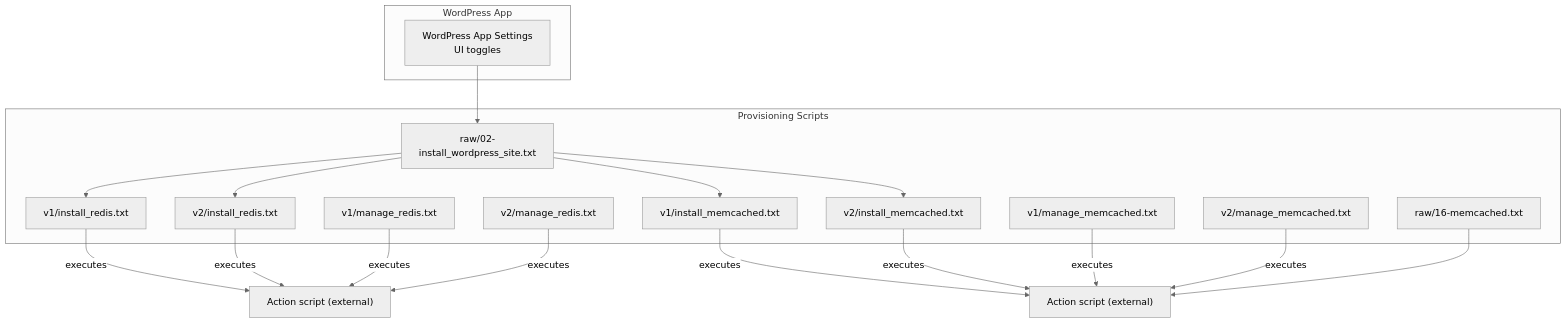
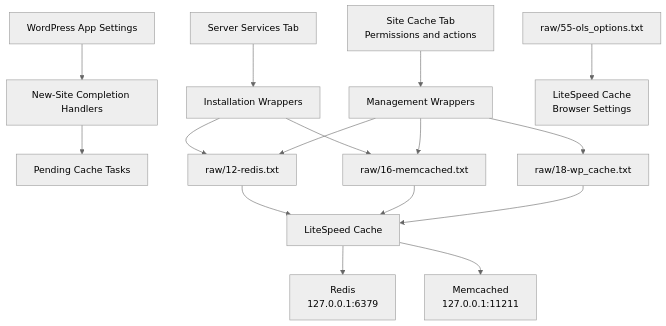
Before and after one commit to onedogsolutions/simple-stack: the first of 4 diagrams in .qoder/repowiki/en/content/Operational Tools/Performance Optimization Tools/Caching Systems/Caching Systems.md, drawn with Mermaid (neutral theme). The commit also changed other lines of this file and 5941 other files, not shown here.

````diff
--- a/.qoder/repowiki/en/content/Operational Tools/Performance Optimization Tools/Caching Systems/Caching Systems.md
+++ b/.qoder/repowiki/en/content/Operational Tools/Performance Optimization Tools/Caching Systems/Caching Systems.md
@@ -53,32 +63,18 @@
 ```mermaid
 graph TB
-subgraph "WordPress App"
-Settings["WordPress App Settings<br/>UI toggles"]
-end
-subgraph "Provisioning Scripts"
-V1InstallRedis["v1/install_redis.txt"]
-V1InstallMemcached["v1/install_memcached.txt"]
-V1ManageRedis["v1/manage_redis.txt"]
-V1ManageMemcached["v1/manage_memcached.txt"]
-V2InstallRedis["v2/install_redis.txt"]
-V2InstallMemcached["v2/install_memcached.txt"]
-V2ManageRedis["v2/manage_redis.txt"]
-V2ManageMemcached["v2/manage_memcached.txt"]
-InstallWP["raw/02-install_wordpress_site.txt"]
-MemcachedRaw["raw/16-memcached.txt"]
-end
-Settings --> InstallWP
-InstallWP --> V1InstallRedis
-InstallWP --> V1InstallMemcached
-InstallWP --> V2InstallRedis
-InstallWP --> V2InstallMemcached
-V1InstallRedis --> |executes| ActionRedis["Action script (external)"]
-V1InstallMemcached --> |executes| ActionMemcached["Action script (external)"]
-V2InstallRedis --> |executes| ActionRedis
-V2InstallMemcached --> |executes| ActionMemcached
-V1ManageRedis --> |executes| ActionRedis
-V1ManageMemcached --> |executes| ActionMemcached
-V2ManageRedis --> |executes| ActionRedis
-V2ManageMemcached --> |executes| ActionMemcached
-MemcachedRaw --> ActionMemcached
+    Settings["WordPress App Settings"] --> NewSite["New-Site Completion Handlers"]
+    NewSite --> Pending["Pending Cache Tasks"]
+    CacheTab["Site Cache Tab<br/>Permissions and actions"] --> Manage["Management Wrappers"]
+    Services["Server Services Tab"] --> Install["Installation Wrappers"]
+    Install --> RedisRaw["raw/12-redis.txt"]
+    Install --> MemcachedRaw["raw/16-memcached.txt"]
+    Manage --> RedisRaw
+    Manage --> MemcachedRaw
+    Manage --> PageRaw["raw/18-wp_cache.txt"]
+    RedisRaw --> LSCache["LiteSpeed Cache"]
+    MemcachedRaw --> LSCache
+    PageRaw --> LSCache
+    LSCache --> Redis["Redis<br/>127.0.0.1:6379"]
+    LSCache --> Memcached["Memcached<br/>127.0.0.1:11211"]
+    OLS["raw/55-ols_options.txt"] --> Browser["LiteSpeed Cache<br/>Browser Settings"]
 ```
````
